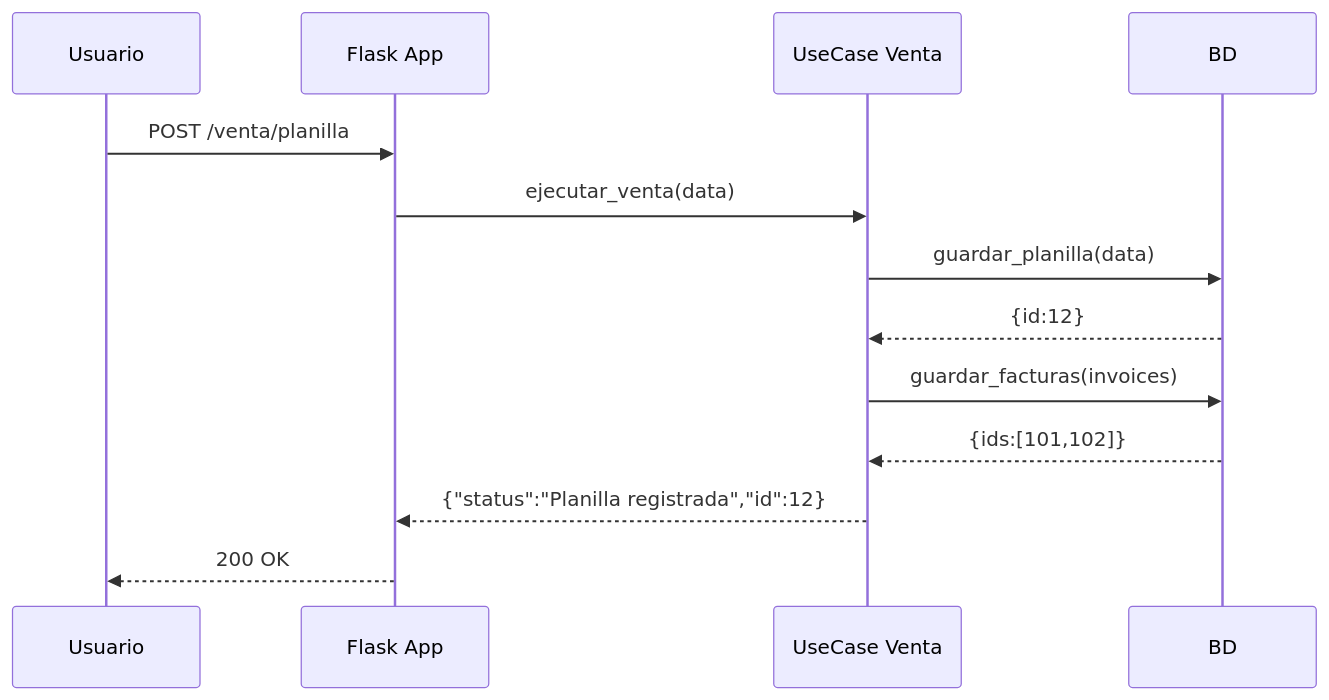
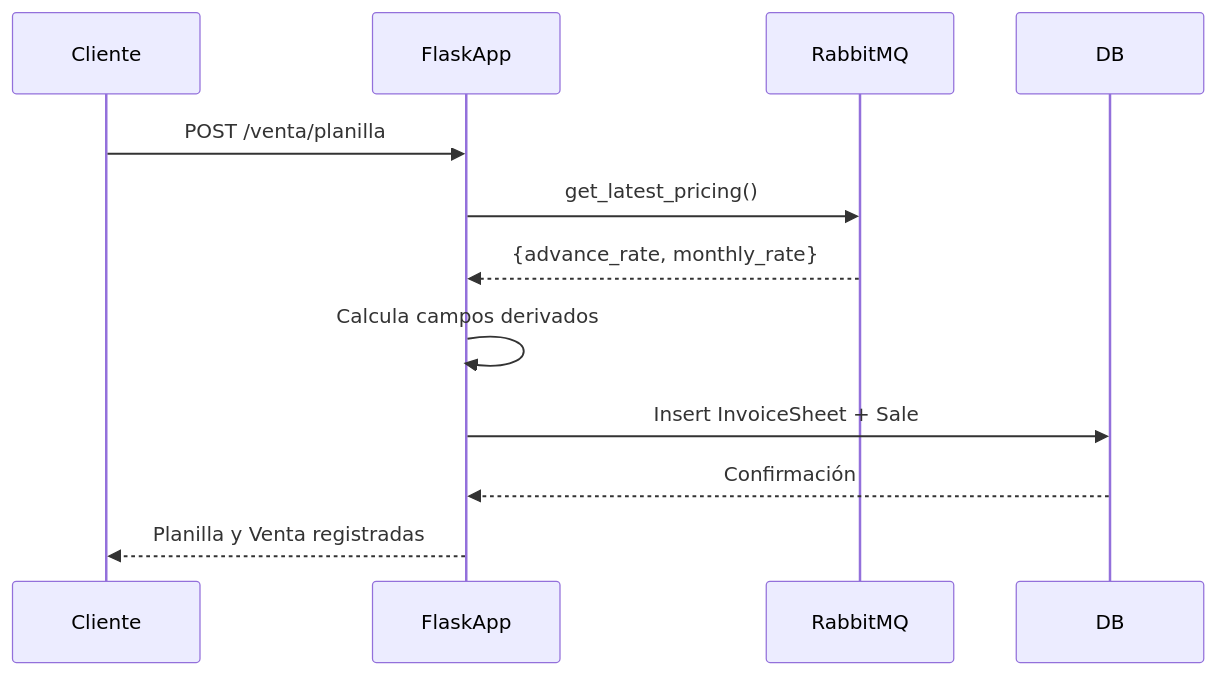
Before and after one commit to syslet/tecsup-arq-factoring-eda: the second of 4 diagrams in README.md, drawn with Mermaid. The commit also changed other lines of this file and 8 other files, not shown here.

````diff
--- a/README.md
+++ b/README.md
@@ -127,16 +98,15 @@
 ```mermaid
 sequenceDiagram
-    participant U as Usuario
-    participant F as Flask App
-    participant UC as UseCase Venta
-    participant DB as BD
+    participant Cliente
+    participant FlaskApp
+    participant RabbitMQ
+    participant DB
 
-    U->>F: POST /venta/planilla
-    F->>UC: ejecutar_venta(data)
-    UC->>DB: guardar_planilla(data)
-    DB-->>UC: {id:12}
-    UC->>DB: guardar_facturas(invoices)
-    DB-->>UC: {ids:[101,102]}
-    UC-->>F: {"status":"Planilla registrada","id":12}
-    F-->>U: 200 OK
+    Cliente->>FlaskApp: POST /venta/planilla
+    FlaskApp->>RabbitMQ: get_latest_pricing()
+    RabbitMQ-->>FlaskApp: {advance_rate, monthly_rate}
+    FlaskApp->>FlaskApp: Calcula campos derivados
+    FlaskApp->>DB: Insert InvoiceSheet + Sale
+    DB-->>FlaskApp: Confirmación
+    FlaskApp-->>Cliente: Planilla y Venta registradas
 ```
````
